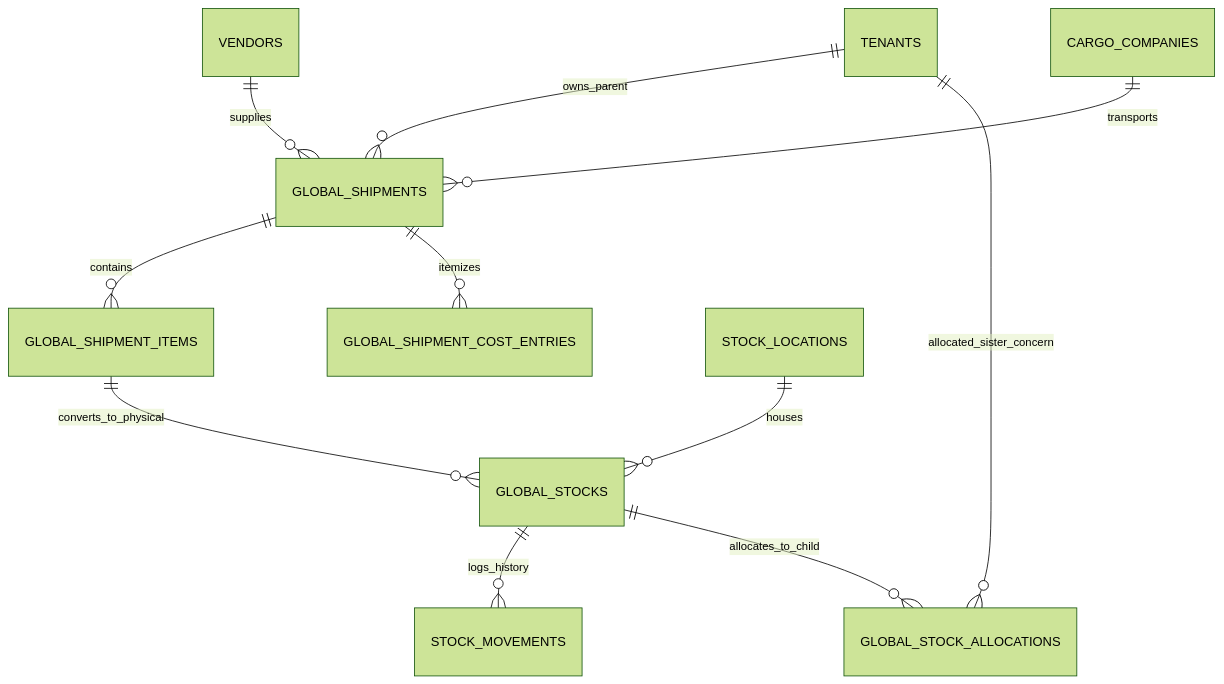
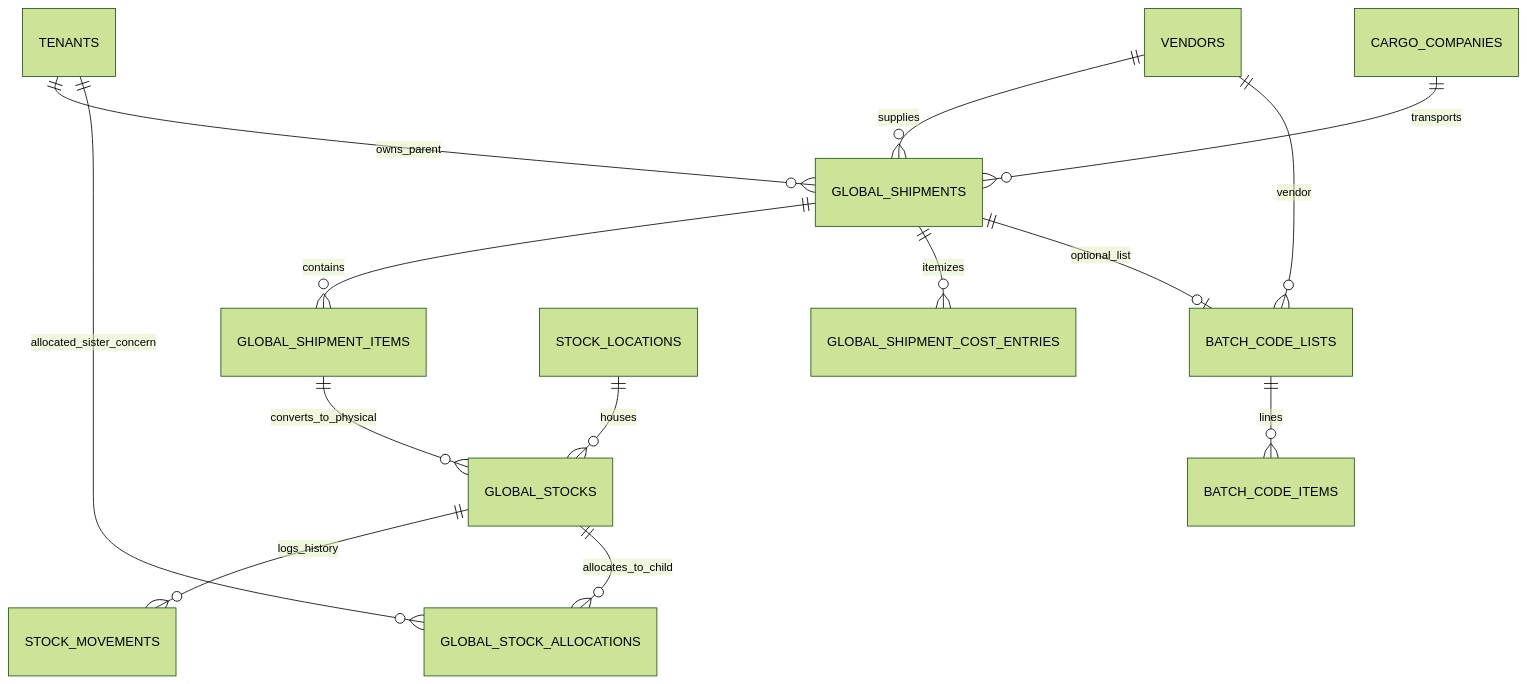
The diagram in docs/features/procurement_stock/02-data-model.md (david-git-2/brandwala-wholesale-quasar-v2), drawn with Mermaid (forest theme) before and after one commit. The commit also changed other lines of this file and 52 other files, not shown here.

````diff
--- a/docs/features/procurement_stock/02-data-model.md
+++ b/docs/features/procurement_stock/02-data-model.md
@@ -12,13 +12,16 @@
 ```mermaid
 erDiagram
     TENANTS ||--o{ GLOBAL_SHIPMENTS : owns_parent
     VENDORS ||--o{ GLOBAL_SHIPMENTS : supplies
     CARGO_COMPANIES ||--o{ GLOBAL_SHIPMENTS : transports
     GLOBAL_SHIPMENTS ||--o{ GLOBAL_SHIPMENT_ITEMS : contains
     GLOBAL_SHIPMENTS ||--o{ GLOBAL_SHIPMENT_COST_ENTRIES : itemizes
     GLOBAL_SHIPMENT_ITEMS ||--o{ GLOBAL_STOCKS : converts_to_physical
     STOCK_LOCATIONS ||--o{ GLOBAL_STOCKS : houses
     GLOBAL_STOCKS ||--o{ STOCK_MOVEMENTS : logs_history
     GLOBAL_STOCKS ||--o{ GLOBAL_STOCK_ALLOCATIONS : allocates_to_child
     TENANTS ||--o{ GLOBAL_STOCK_ALLOCATIONS : allocated_sister_concern
+    GLOBAL_SHIPMENTS ||--o| BATCH_CODE_LISTS : optional_list
+    VENDORS ||--o{ BATCH_CODE_LISTS : vendor
+    BATCH_CODE_LISTS ||--o{ BATCH_CODE_ITEMS : lines
 ```
````
